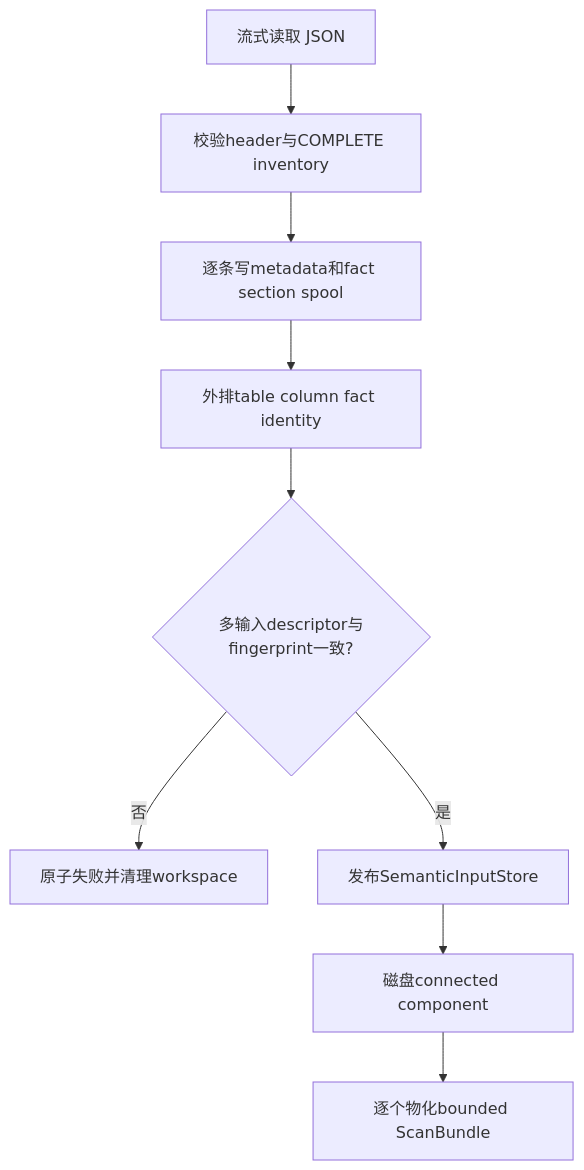
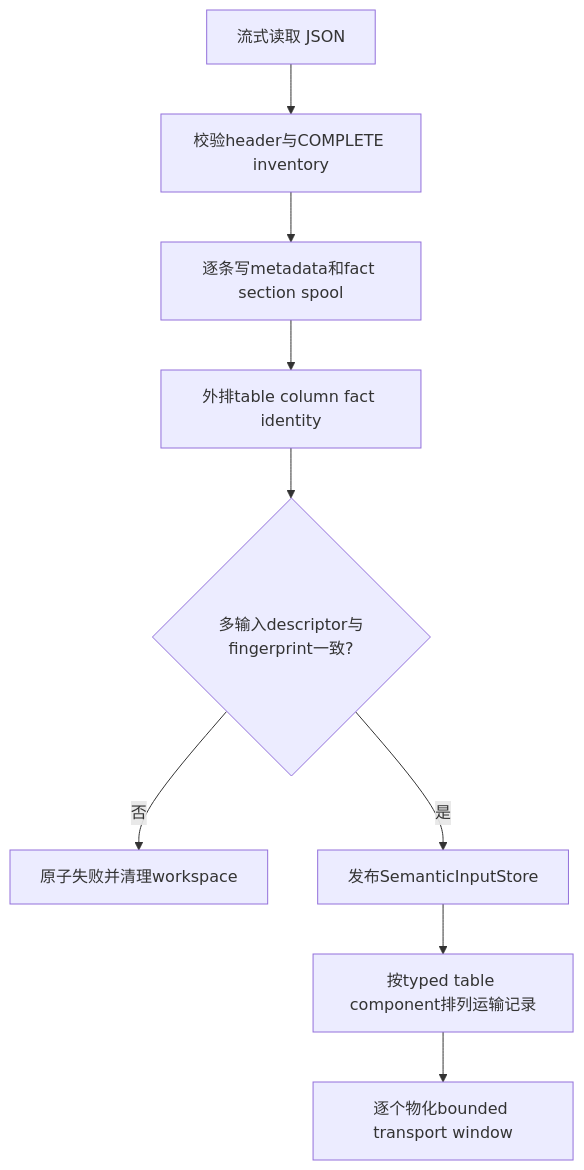
The first of 4 diagrams in docs/design/semantic-layer/01-scan-result-reader.md (xiaoguang/relation-detector), drawn with Mermaid before and after one commit. The commit also changed other lines of this file and 39 other files, not shown here.

````diff
--- a/docs/design/semantic-layer/01-scan-result-reader.md
+++ b/docs/design/semantic-layer/01-scan-result-reader.md
@@ -207,11 +208,11 @@
 ```mermaid
 flowchart TD
     A[流式读取 JSON] --> B[校验header与COMPLETE inventory]
     B --> C[逐条写metadata和fact section spool]
     C --> D[外排table column fact identity]
     D --> E{多输入descriptor与fingerprint一致?}
     E -- 否 --> F[原子失败并清理workspace]
     E -- 是 --> G[发布SemanticInputStore]
-    G --> H[磁盘connected component]
-    H --> I[逐个物化bounded ScanBundle]
+    G --> H[按typed table component排列运输记录]
+    H --> I[逐个物化bounded transport window]
 ```
````
